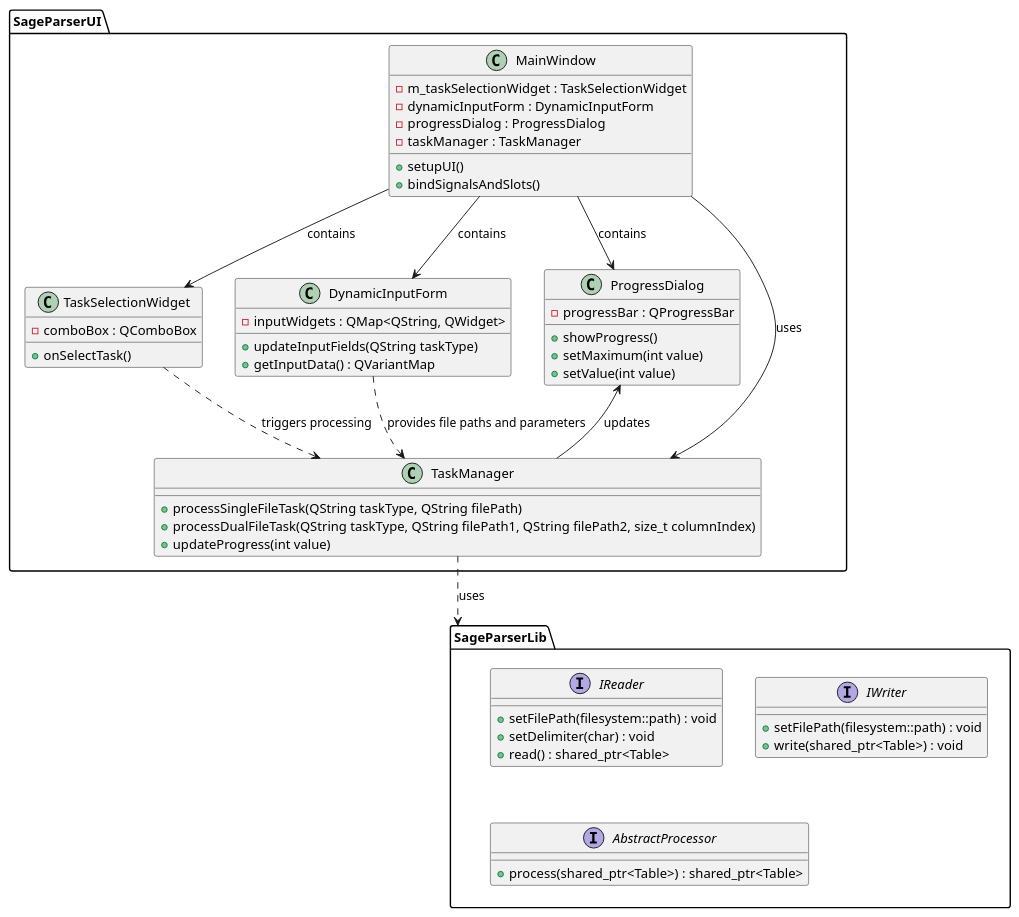
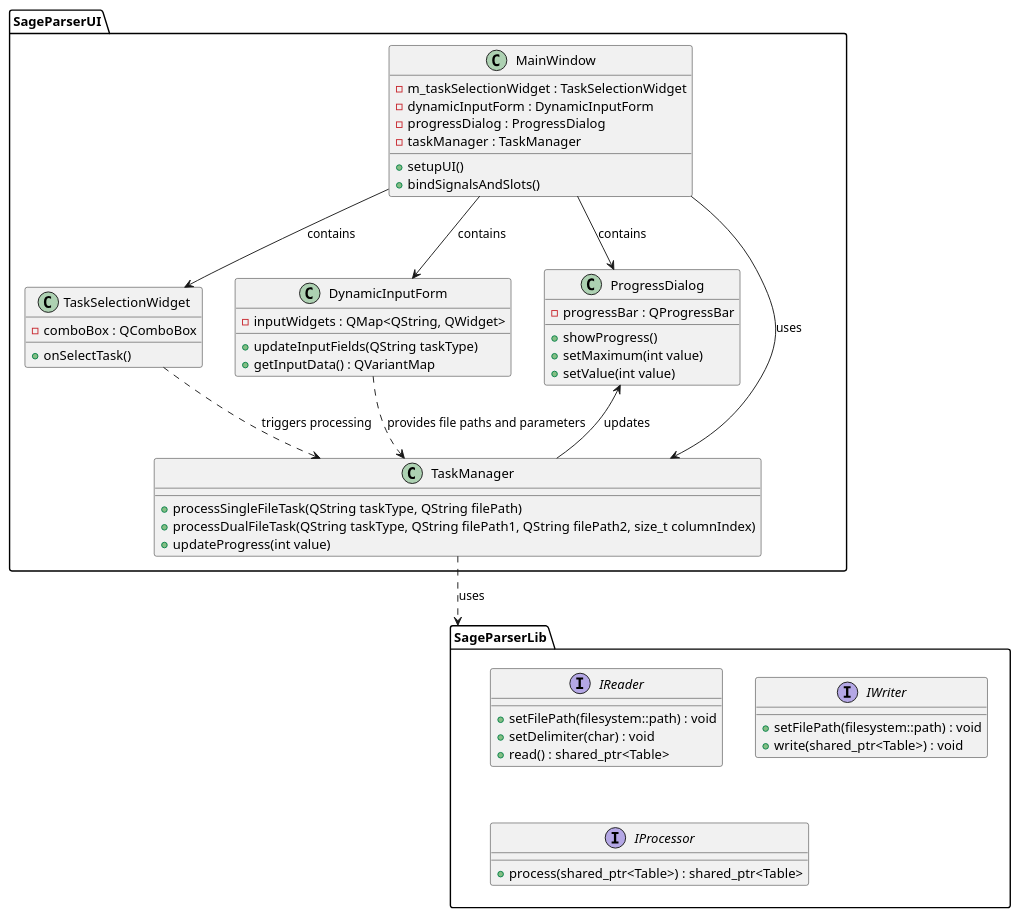
Before and after one commit to Sage-Cat/SageParser: the diagram in docs/Ui_Design.puml, drawn with PlantUML. The commit also changed 28 other files, not shown here.

```diff
--- a/docs/Ui_Design.puml
+++ b/docs/Ui_Design.puml
@@ -1,69 +1,69 @@
 @startuml
 
 package SageParserUI {
 
     class MainWindow {
         - m_taskSelectionWidget : TaskSelectionWidget
         - dynamicInputForm : DynamicInputForm
         - progressDialog : ProgressDialog
         - taskManager : TaskManager
         + setupUI()
         + bindSignalsAndSlots()
     }
 
     class TaskSelectionWidget {
         - comboBox : QComboBox
         + onSelectTask()
     }
 
     class DynamicInputForm {
         - inputWidgets : QMap<QString, QWidget>
         + updateInputFields(QString taskType)
         + getInputData() : QVariantMap
     }
 
     class ProgressDialog {
         - progressBar : QProgressBar
         + showProgress()
         + setMaximum(int value)
         + setValue(int value)
     }
 
     class TaskManager {
         + processSingleFileTask(QString taskType, QString filePath)
         + processDualFileTask(QString taskType, QString filePath1, QString filePath2, size_t columnIndex)
         + updateProgress(int value)
     }
 }
 
 package SageParserLib {
 
     interface IReader {
         + setFilePath(filesystem::path) : void
         + setDelimiter(char) : void
         + read() : shared_ptr<Table>
     }
 
     interface IWriter {
         + setFilePath(filesystem::path) : void
         + write(shared_ptr<Table>) : void
     }
 
-    interface AbstractProcessor {
+    interface IProcessor {
         + process(shared_ptr<Table>) : shared_ptr<Table>
     }
 
 }
 
 MainWindow --> TaskSelectionWidget : contains
 MainWindow --> DynamicInputForm : contains
 MainWindow --> ProgressDialog : contains
 MainWindow --> TaskManager : uses
 
 TaskSelectionWidget ..> TaskManager : triggers processing
 DynamicInputForm ..> TaskManager : provides file paths and parameters
 ProgressDialog <-- TaskManager : updates
 
 TaskManager ..> SageParserLib : uses
 
 @enduml
```
